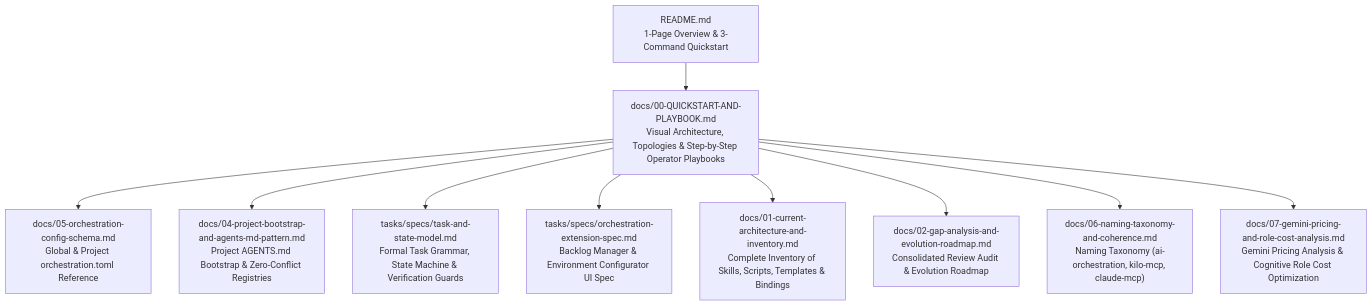
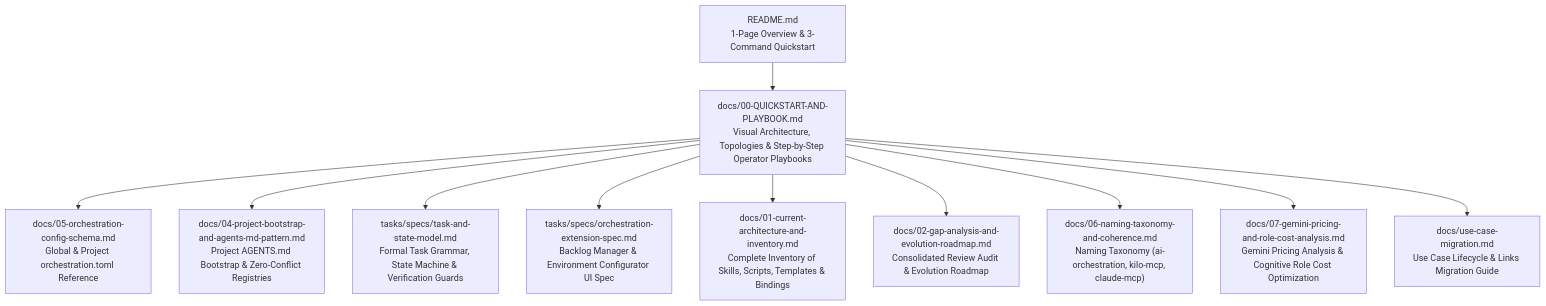
The diagram in docs/README.md (primax79/ai-orchestration), drawn with Mermaid before and after one commit. The commit also changed other lines of this file and 6 other files, not shown here.

Commit message:
docs(17.11): use case lifecycle, links and migration guide; superseded fields

````diff
--- a/docs/README.md
+++ b/docs/README.md
@@ -9,17 +9,18 @@
 ```mermaid
 flowchart TB
     ROOT["README.md<br/>1-Page Overview & 3-Command Quickstart"]
     D00["docs/00-QUICKSTART-AND-PLAYBOOK.md<br/>Visual Architecture, Topologies & Step-by-Step Operator Playbooks"]
     D05["docs/05-orchestration-config-schema.md<br/>Global & Project orchestration.toml Reference"]
     D04["docs/04-project-bootstrap-and-agents-md-pattern.md<br/>Project AGENTS.md Bootstrap & Zero-Conflict Registries"]
     S_TASK["tasks/specs/task-and-state-model.md<br/>Formal Task Grammar, State Machine & Verification Guards"]
     S_EXT["tasks/specs/orchestration-extension-spec.md<br/>Backlog Manager & Environment Configurator UI Spec"]
     D01["docs/01-current-architecture-and-inventory.md<br/>Complete Inventory of Skills, Scripts, Templates & Bindings"]
     D02["docs/02-gap-analysis-and-evolution-roadmap.md<br/>Consolidated Review Audit & Evolution Roadmap"]
     D06["docs/06-naming-taxonomy-and-coherence.md<br/>Naming Taxonomy (ai-orchestration, kilo-mcp, claude-mcp)"]
     D07["docs/07-gemini-pricing-and-role-cost-analysis.md<br/>Gemini Pricing Analysis & Cognitive Role Cost Optimization"]
+    D_MIG["docs/use-case-migration.md<br/>Use Case Lifecycle & Links Migration Guide"]
 
     ROOT --> D00
     D00 --> D05 & D04 & S_TASK & S_EXT
-    D00 --> D01 & D02 & D06 & D07
+    D00 --> D01 & D02 & D06 & D07 & D_MIG
 ```
````
